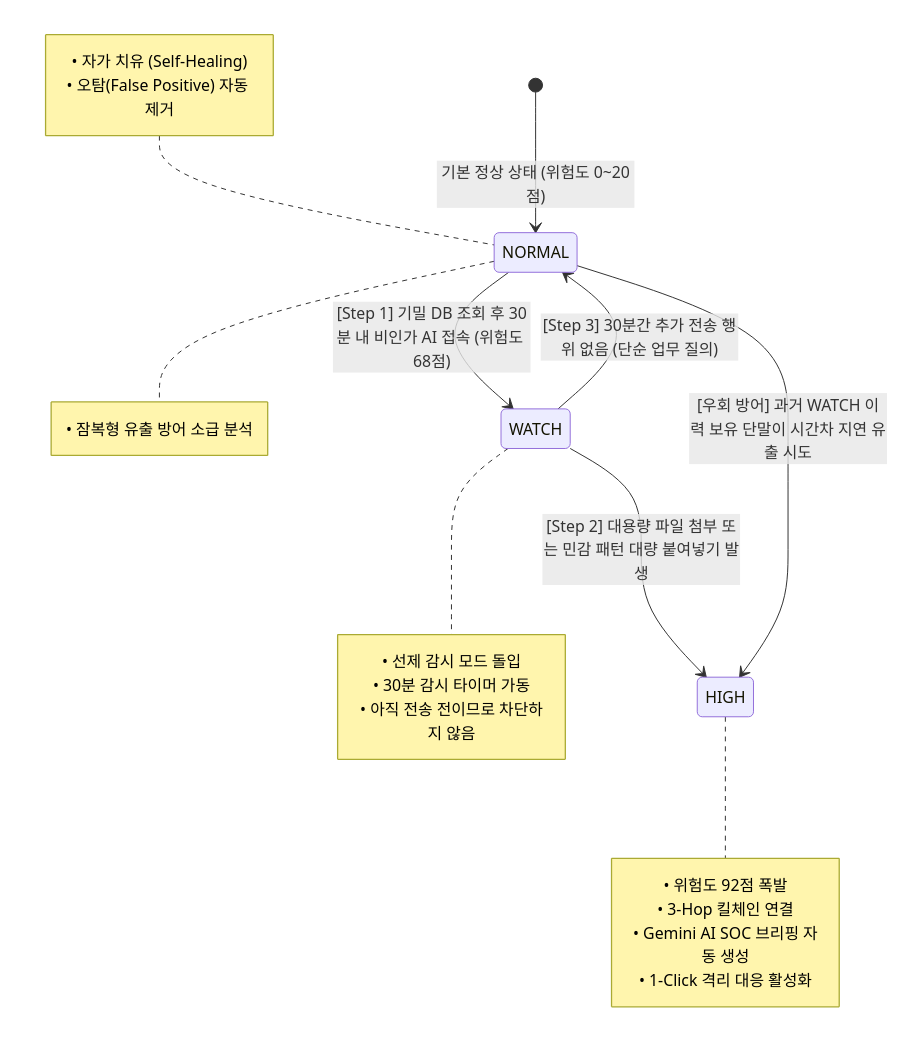
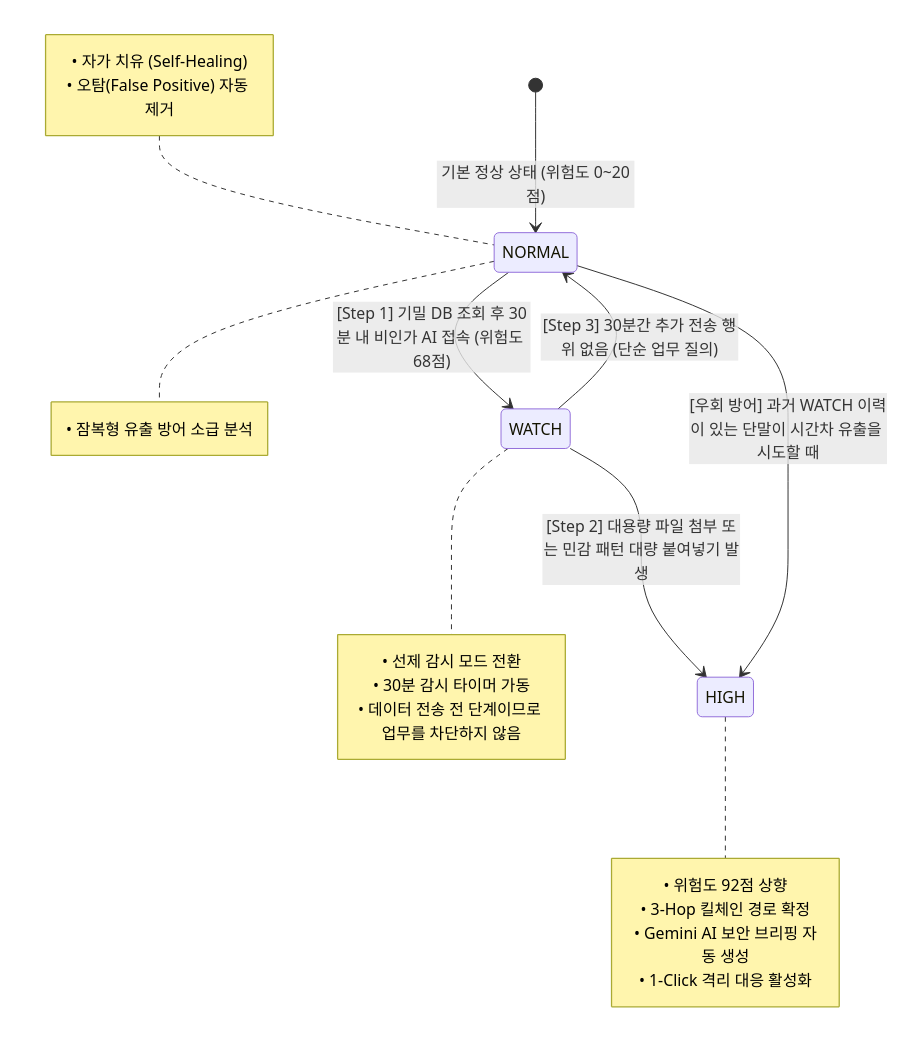
One commit to dldaudlee36/GIGANG changed the first of 2 diagrams in README.md. Above: the diagram before and after it, drawn with Mermaid. The commit also changed other lines of this file, not shown here.

````diff
--- a/README.md
+++ b/README.md
@@ -96,30 +71,30 @@
 ```mermaid
 stateDiagram-v2
     [*] --> NORMAL: 기본 정상 상태 (위험도 0~20점)
     
     NORMAL --> WATCH: [Step 1] 기밀 DB 조회 후 30분 내 비인가 AI 접속 (위험도 68점)
     note right of WATCH
-        • 선제 감시 모드 돌입
+        • 선제 감시 모드 전환
         • 30분 감시 타이머 가동
-        • 아직 전송 전이므로 차단하지 않음
+        • 데이터 전송 전 단계이므로 업무를 차단하지 않음
     end note
 
     WATCH --> HIGH: [Step 2] 대용량 파일 첨부 또는 민감 패턴 대량 붙여넣기 발생
     note right of HIGH
-        • 위험도 92점 폭발
-        • 3-Hop 킬체인 연결
-        • Gemini AI SOC 브리핑 자동 생성
+        • 위험도 92점 상향
+        • 3-Hop 킬체인 경로 확정
+        • Gemini AI 보안 브리핑 자동 생성
         • 1-Click 격리 대응 활성화
     end note
 
     WATCH --> NORMAL: [Step 3] 30분간 추가 전송 행위 없음 (단순 업무 질의)
     note left of NORMAL
         • 자가 치유 (Self-Healing)
         • 오탐(False Positive) 자동 제거
     end note
 
-    NORMAL --> HIGH: [우회 방어] 과거 WATCH 이력 보유 단말이 시간차 지연 유출 시도
+    NORMAL --> HIGH: [우회 방어] 과거 WATCH 이력이 있는 단말이 시간차 유출을 시도할 때
     note right of NORMAL
         • 잠복형 유출 방어 소급 분석
     end note
 ```
````
